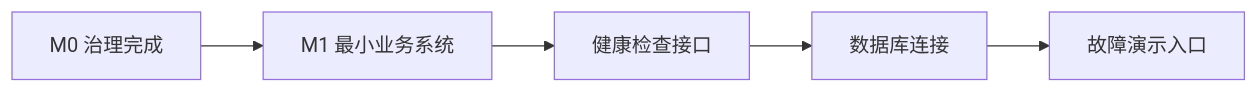
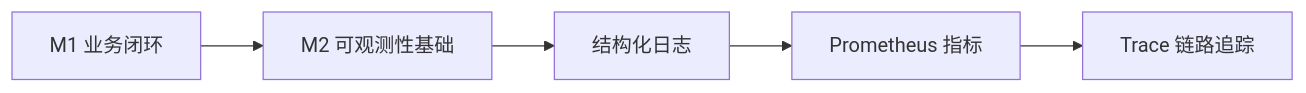
One commit to daxiguaguagua-hash/OpsAgent changed the seventh of 7 diagrams in docs/task-breakdown.md. Above: the diagram before and after it, drawn with Mermaid. The commit also changed other lines of this file and 47 other files, not shown here.

````diff
--- a/docs/task-breakdown.md
+++ b/docs/task-breakdown.md
@@ -263,7 +266,7 @@
 ```mermaid
 flowchart LR
-  A[M0 治理完成] --> B[M1 最小业务系统]
-  B --> C[健康检查接口]
-  C --> D[数据库连接]
-  D --> E[故障演示入口]
+  A[M1 业务闭环] --> B[M2 可观测性基础]
+  B --> C[结构化日志]
+  C --> D[Prometheus 指标]
+  D --> E[Trace 链路追踪]
 ```
````
